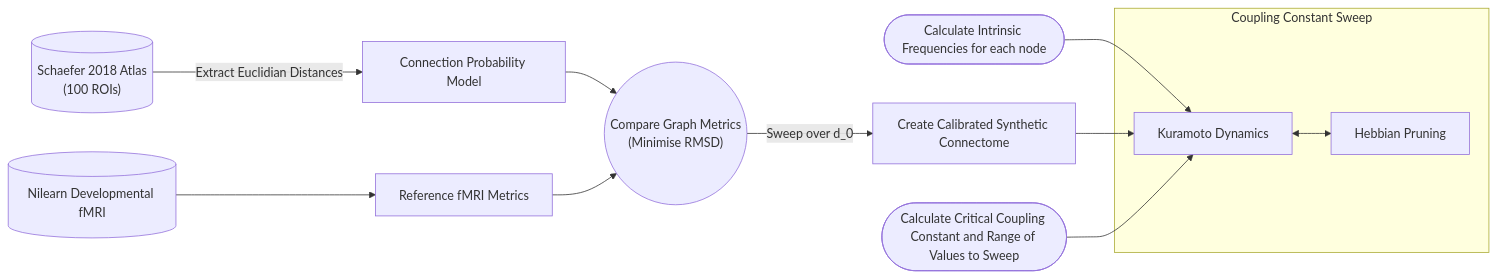
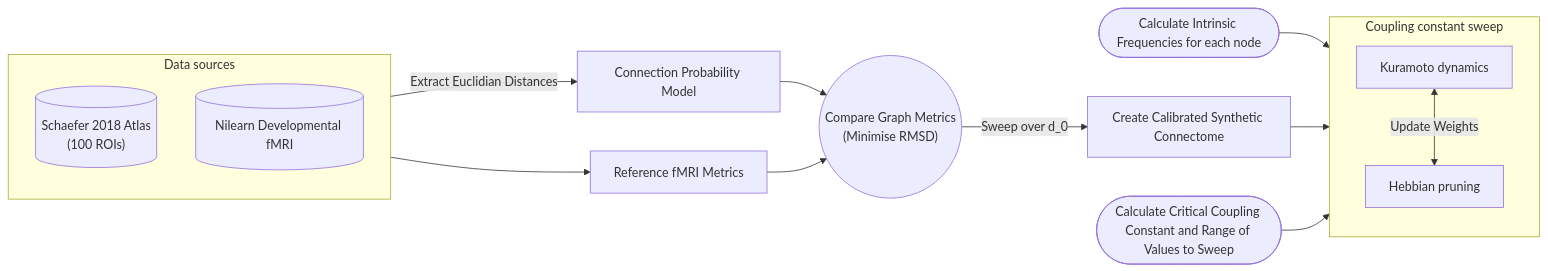
The diagram in README.md (R-eya/Kuramoto-Hebbian-Style-Pruning-of-Synthetic-Connectomes), drawn with Mermaid before and after one commit.

````diff
--- a/README.md
+++ b/README.md
@@ -7,15 +7,24 @@
 ```mermaid
 flowchart LR
+
+    subgraph Inputs ["Data sources"]
+        direction TB
+        Q[("Schaefer 2018 atlas<br/>(100 ROIs)")]
+        A[("Nilearn developmental fMRI")]
+    end
+
     Q[("Schaefer 2018 Atlas <br> (100 ROIs)")] -->|Extract Euclidian Distances| W[Connection Probability Model] -->C
 
     G([Calculate Intrinsic Frequencies for each node]) --> E[Kuramoto Dynamics]
     A[(Nilearn Developmental fMRI)] -->B[Reference fMRI Metrics]--> C(("Compare Graph Metrics <br> (Minimise RMSD)" )) -->|Sweep over d_0 | D[Create Calibrated Synthetic Connectome]
     D --> E
 
     F([Calculate Critical Coupling Constant and Range of Values to Sweep]) --> E
 
-   %% Grouping Kuramoto Dynamics and its internal subroutine
-    subgraph Kuramoto_Simulation ["Coupling Constant Sweep"]
-        E[Kuramoto Dynamics] <--> I[Hebbian Pruning]
+    subgraph Sweep ["Coupling constant sweep"]
+        direction TB
+        E["Kuramoto dynamics"]
+        H["Hebbian pruning"]
+        E <-->|"Update Weights"| H
     end
 ```
````
